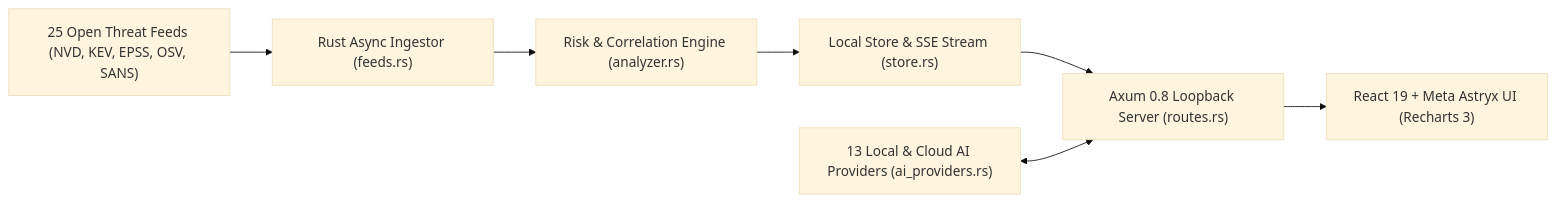
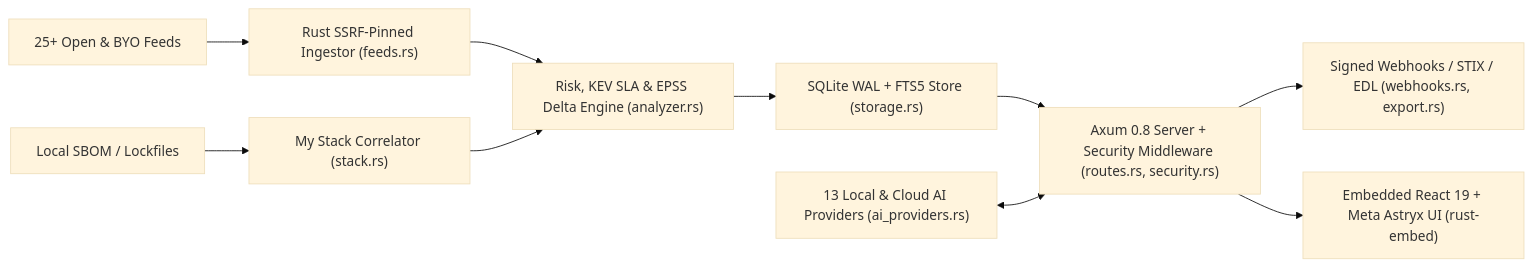
Before and after one commit to AiBrainWorXdotCom/aibrainworx-ai-threat-board: the diagram in README.md, drawn with Mermaid (base theme). The commit also changed other lines of this file and 45 other files, not shown here.

Commit message:
feat(v0.2.0): security-first architecture, SQLite WAL, My Stack SBOM, OPSEC mode, webhooks & single-binary packaging

````diff
--- a/README.md
+++ b/README.md
@@ -212,9 +228,12 @@
 ```mermaid
 flowchart LR
-    Feeds["25 Open Threat Feeds (NVD, KEV, EPSS, OSV, SANS)"] --> Ingest["Rust Async Ingestor (feeds.rs)"]
-    Ingest --> Engine["Risk & Correlation Engine (analyzer.rs)"]
-    Engine --> Store["Local Store & SSE Stream (store.rs)"]
-    Store --> API["Axum 0.8 Loopback Server (routes.rs)"]
+    Feeds["25+ Open & BYO Feeds"] --> Ingest["Rust SSRF-Pinned Ingestor (feeds.rs)"]
+    SBOM["Local SBOM / Lockfiles"] --> Stack["My Stack Correlator (stack.rs)"]
+    Ingest --> Engine["Risk, KEV SLA & EPSS Delta Engine (analyzer.rs)"]
+    Stack --> Engine
+    Engine --> DB["SQLite WAL + FTS5 Store (storage.rs)"]
+    DB --> API["Axum 0.8 Server + Security Middleware (routes.rs, security.rs)"]
     AI["13 Local & Cloud AI Providers (ai_providers.rs)"] <--> API
-    API --> UI["React 19 + Meta Astryx UI (Recharts 3)"]
+    API --> Hooks["Signed Webhooks / STIX / EDL (webhooks.rs, export.rs)"]
+    API --> UI["Embedded React 19 + Meta Astryx UI (rust-embed)"]
 ```
````
